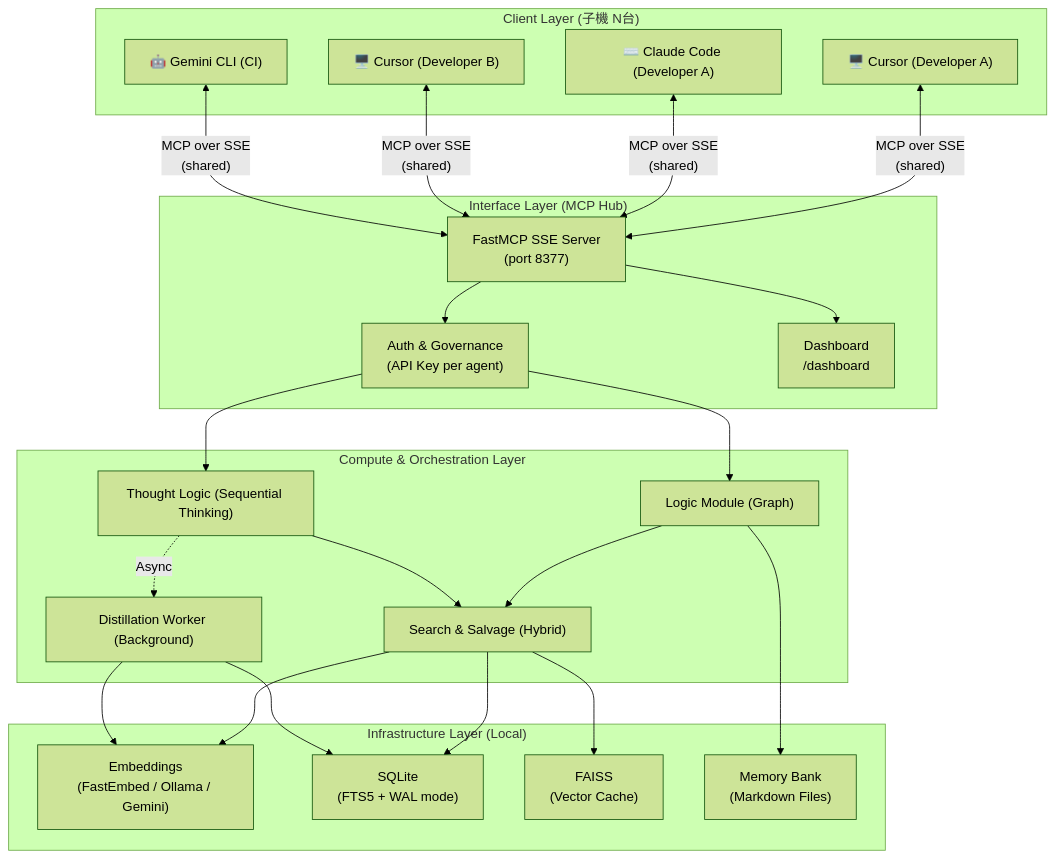
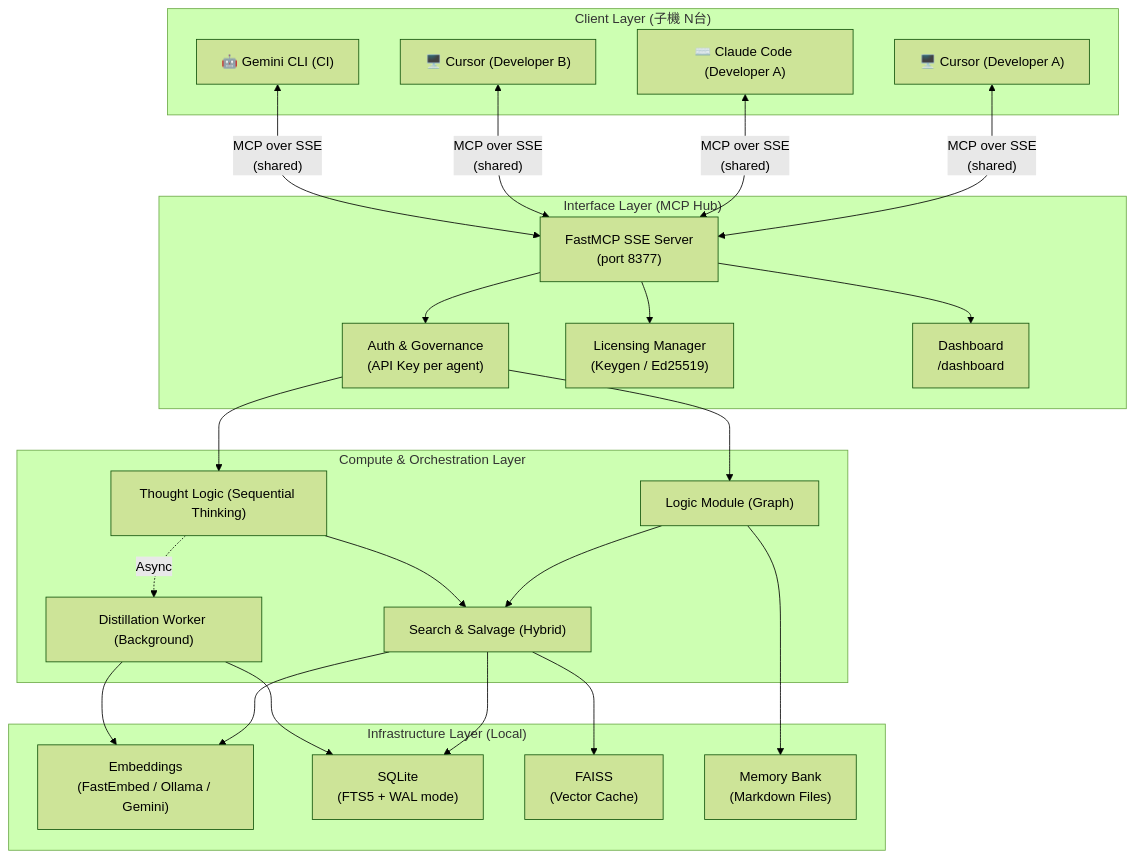
The first of 2 diagrams in docs/アーキテクチャ.md (ayato-labs/ripen), drawn with Mermaid (forest theme) before and after one commit. The commit also changed other lines of this file and 7 other files, not shown here.

````diff
--- a/docs/アーキテクチャ.md
+++ b/docs/アーキテクチャ.md
@@ -11,50 +11,52 @@
 ```mermaid
 graph TD
     subgraph "Client Layer (子機 N台)"
         A1["🖥️ Cursor (Developer A)"]
         A2["⌨️ Claude Code (Developer A)"]
         B1["🖥️ Cursor (Developer B)"]
         C1["🤖 Gemini CLI (CI)"]
     end
 
     subgraph "Interface Layer (MCP Hub)"
         B["FastMCP SSE Server\n(port 8377)"]
         B1_auth["Auth & Governance\n(API Key per agent)"]
+        LIC["Licensing Manager\n(Keygen / Ed25519)"]
         DASH["Dashboard\n/dashboard"]
     end
 
     subgraph "Compute & Orchestration Layer"
         C["Logic Module (Graph)"]
         D["Thought Logic (Sequential Thinking)"]
         E["Search & Salvage (Hybrid)"]
         F["Distillation Worker (Background)"]
     end
 
     subgraph "Infrastructure Layer (Local)"
         G["Embeddings\n(FastEmbed / Ollama / Gemini)"]
         H["SQLite\n(FTS5 + WAL mode)"]
         I["FAISS\n(Vector Cache)"]
         J["Memory Bank\n(Markdown Files)"]
     end
 
     A1 <-->|"MCP over SSE\n(shared)"| B
     A2 <-->|"MCP over SSE\n(shared)"| B
     B1 <-->|"MCP over SSE\n(shared)"| B
     C1 <-->|"MCP over SSE\n(shared)"| B
 
     B --> B1_auth
+    B --> LIC
     B --> DASH
     B1_auth --> C
     B1_auth --> D
 
     C --> E
     D --> E
     D -.->|Async| F
 
     E --> G
     E --> H
     E --> I
     F --> G
     F --> H
     C --> J
 ```
````
